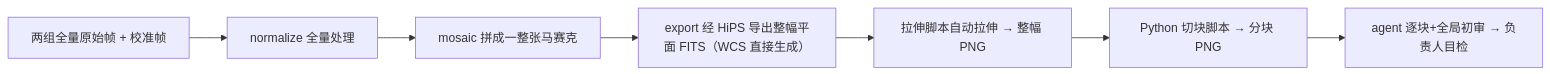
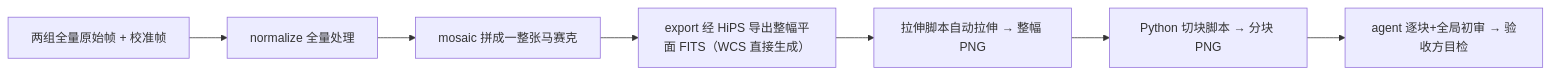
Before and after one commit to fujiaze/Astro-CS-Database: the third of 3 diagrams in ACCEPTANCE_SPEC.md, drawn with Mermaid. The commit also changed other lines of this file and 14 other files, not shown here.

````diff
--- a/ACCEPTANCE_SPEC.md
+++ b/ACCEPTANCE_SPEC.md
@@ -212,9 +237,9 @@
 ```mermaid
 flowchart LR
     A["两组全量原始帧 + 校准帧"] --> B["normalize 全量处理"]
     B --> C["mosaic 拼成一整张马赛克"]
     C --> D["export 经 HiPS 导出整幅平面 FITS（WCS 直接生成）"]
     D --> E["拉伸脚本自动拉伸 → 整幅 PNG"]
     E --> F["Python 切块脚本 → 分块 PNG"]
-    F --> G["agent 逐块+全局初审 → 负责人目检"]
+    F --> G["agent 逐块+全局初审 → 验收方目检"]
 ```
````
